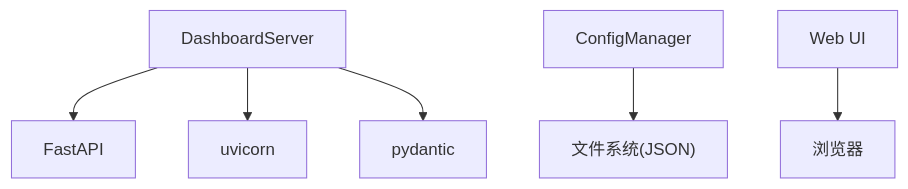
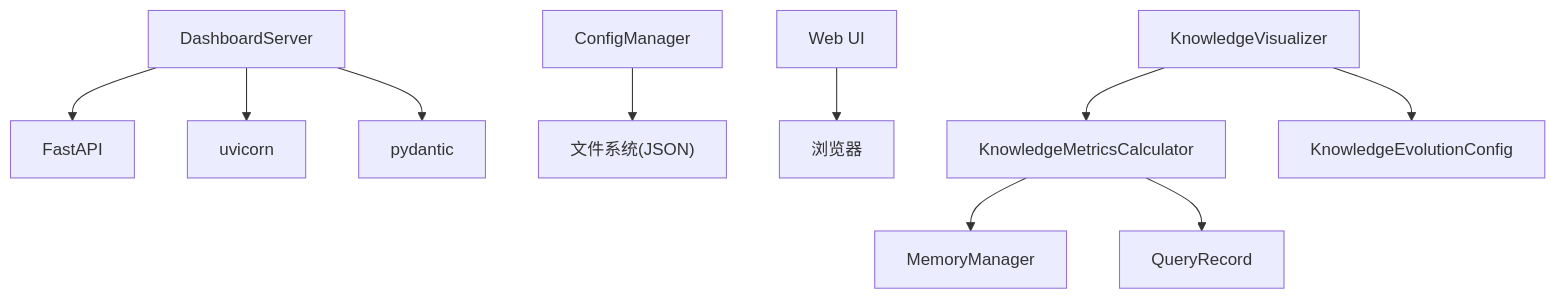
Before and after one commit to JieGaoPrinceton/NecoRAG: the ninth of 9 diagrams in .qoder/repowiki/zh/content/仪表板系统/仪表板系统.md, drawn with Mermaid. The commit also changed other lines of this file and 15 other files, not shown here.

````diff
--- a/.qoder/repowiki/zh/content/仪表板系统/仪表板系统.md
+++ b/.qoder/repowiki/zh/content/仪表板系统/仪表板系统.md
@@ -407,8 +514,12 @@
 ```mermaid
 graph TB
 S["DashboardServer"] --> F["FastAPI"]
 S --> U["uvicorn"]
 S --> P["pydantic"]
 CM["ConfigManager"] --> FS["文件系统(JSON)"]
 UI["Web UI"] --> Browser["浏览器"]
+KV["KnowledgeVisualizer"] --> KM["KnowledgeMetricsCalculator"]
+KV --> EC["KnowledgeEvolutionConfig"]
+KM --> MM["MemoryManager"]
+KM --> QC["QueryRecord"]
 ```
````
